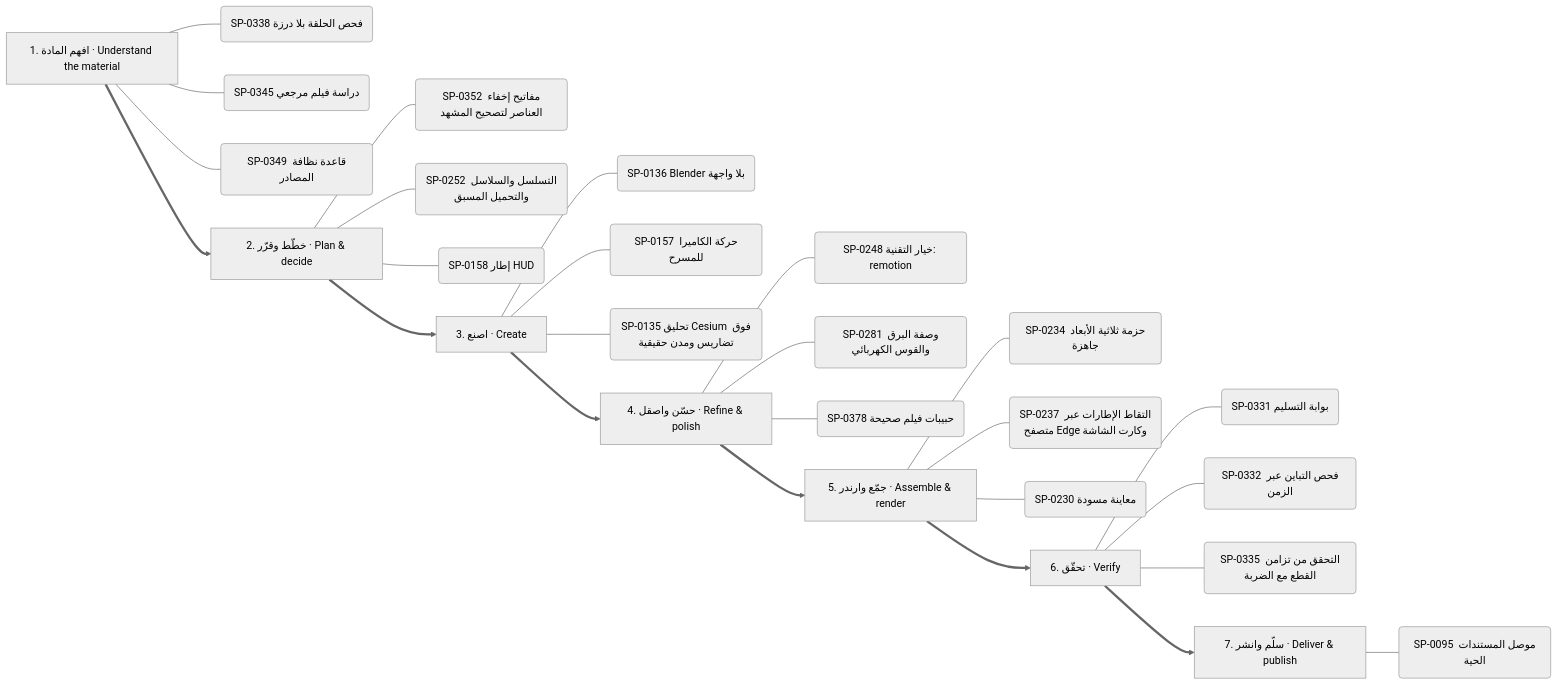
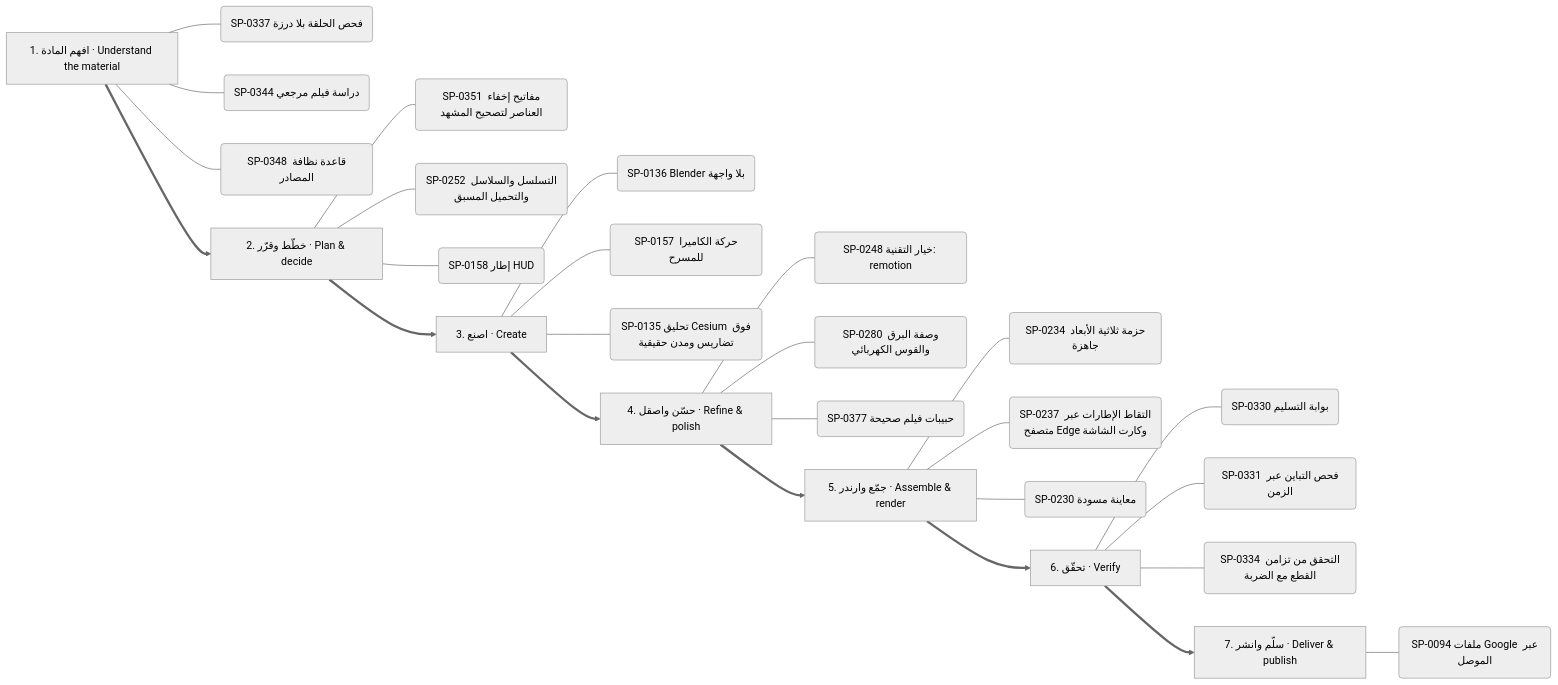
One commit to kosif199022-jpg/kosif-tool changed the eighth of 13 diagrams in .claude/skills/kosif-superpowers/references/capability-mindmap.md. Above: the diagram before and after it, drawn with Mermaid (neutral theme). The commit also changed other lines of this file and 61 other files, not shown here.

````diff
--- a/.claude/skills/kosif-superpowers/references/capability-mindmap.md
+++ b/.claude/skills/kosif-superpowers/references/capability-mindmap.md
@@ -406,35 +407,35 @@
 ```mermaid
 flowchart LR
   S0["1. افهم المادة · Understand the material"]
-  S0 --- S0_0("SP-0338 فحص الحلقة بلا درزة")
-  S0 --- S0_1("SP-0345 دراسة فيلم مرجعي")
-  S0 --- S0_2("SP-0349 قاعدة نظافة المصادر")
+  S0 --- S0_0("SP-0337 فحص الحلقة بلا درزة")
+  S0 --- S0_1("SP-0344 دراسة فيلم مرجعي")
+  S0 --- S0_2("SP-0348 قاعدة نظافة المصادر")
   S1["2. خطّط وقرّر · Plan & decide"]
-  S1 --- S1_0("SP-0352 مفاتيح إخفاء العناصر لتصحيح المشهد")
+  S1 --- S1_0("SP-0351 مفاتيح إخفاء العناصر لتصحيح المشهد")
   S1 --- S1_1("SP-0252 التسلسل والسلاسل والتحميل المسبق")
   S1 --- S1_2("SP-0158 إطار HUD")
   S0 ==> S1
   S2["3. اصنع · Create"]
   S2 --- S2_0("SP-0136 Blender بلا واجهة")
   S2 --- S2_1("SP-0157 حركة الكاميرا للمسرح")
   S2 --- S2_2("SP-0135 تحليق Cesium فوق تضاريس ومدن حقيقية")
   S1 ==> S2
   S3["4. حسّن واصقل · Refine & polish"]
   S3 --- S3_0("SP-0248 خيار التقنية: remotion")
-  S3 --- S3_1("SP-0281 وصفة البرق والقوس الكهربائي")
-  S3 --- S3_2("SP-0378 حبيبات فيلم صحيحة")
+  S3 --- S3_1("SP-0280 وصفة البرق والقوس الكهربائي")
+  S3 --- S3_2("SP-0377 حبيبات فيلم صحيحة")
   S2 ==> S3
   S4["5. جمّع وارندر · Assemble & render"]
   S4 --- S4_0("SP-0234 حزمة ثلاثية الأبعاد جاهزة")
   S4 --- S4_1("SP-0237 التقاط الإطارات عبر متصفح Edge وكارت الشاشة")
   S4 --- S4_2("SP-0230 معاينة مسودة")
   S3 ==> S4
   S5["6. تحقّق · Verify"]
-  S5 --- S5_0("SP-0331 بوابة التسليم")
-  S5 --- S5_1("SP-0332 فحص التباين عبر الزمن")
-  S5 --- S5_2("SP-0335 التحقق من تزامن القطع مع الضربة")
+  S5 --- S5_0("SP-0330 بوابة التسليم")
+  S5 --- S5_1("SP-0331 فحص التباين عبر الزمن")
+  S5 --- S5_2("SP-0334 التحقق من تزامن القطع مع الضربة")
   S4 ==> S5
   S6["7. سلّم وانشر · Deliver & publish"]
-  S6 --- S6_0("SP-0095 موصل المستندات الحية")
+  S6 --- S6_0("SP-0094 ملفات Google عبر الموصل")
   S5 ==> S6
 ```
````
